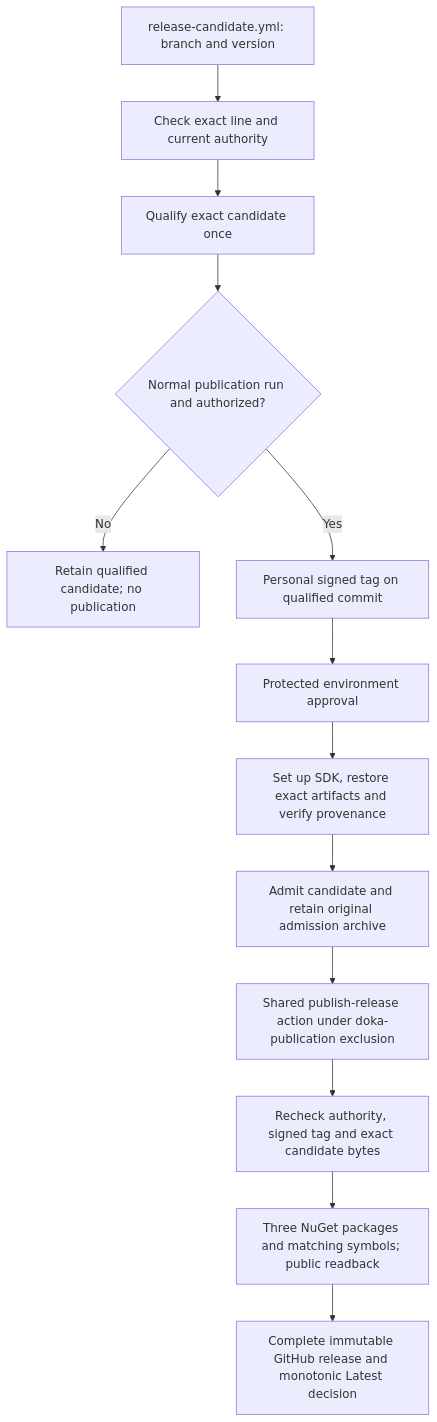
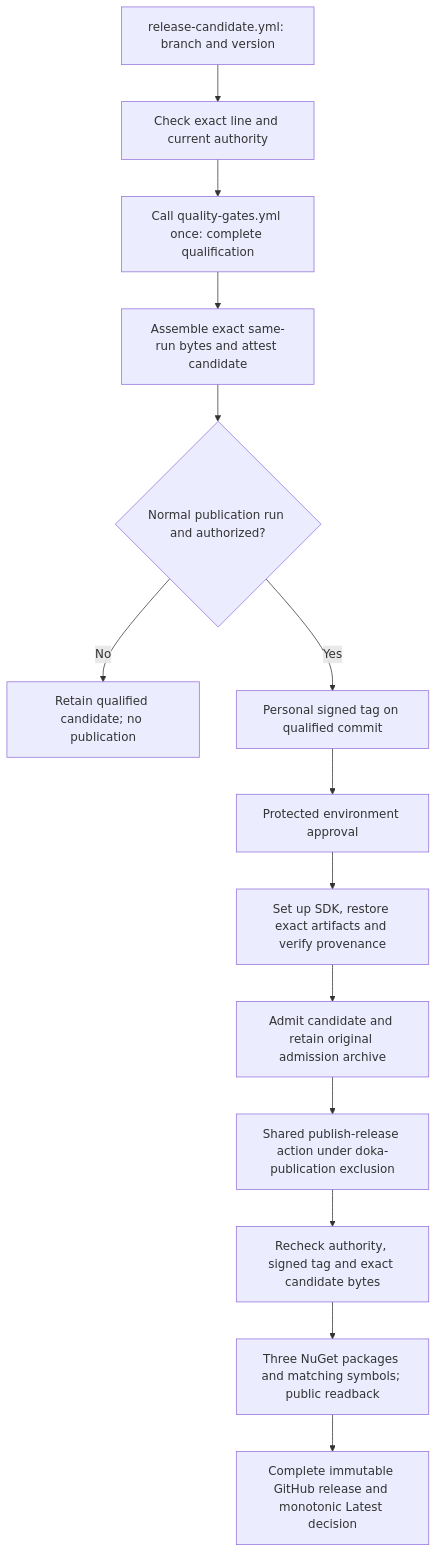
Before and after one commit to doka-labs/Doka.EntityFrameworkCore.MySql: the second of 2 diagrams in docs/operations/workflow-overview.md, drawn with Mermaid. The commit also changed other lines of this file and 41 other files, not shown here.

First line of the commit message:
ci(qualification): unify PR and release-candidate checks (#132)

````diff
--- a/docs/operations/workflow-overview.md
+++ b/docs/operations/workflow-overview.md
@@ -109,15 +145,16 @@
 ```mermaid
 flowchart TD
     START["release-candidate.yml: branch and version"] --> AUTH["Check exact line and current authority"]
-    AUTH --> QUALIFY["Qualify exact candidate once"]
-    QUALIFY --> CHOICE{"Normal publication run and authorized?"}
+    AUTH --> QUALIFY["Call quality-gates.yml once: complete qualification"]
+    QUALIFY --> SEAL["Assemble exact same-run bytes and attest candidate"]
+    SEAL --> CHOICE{"Normal publication run and authorized?"}
     CHOICE -->|"No"| EVIDENCE["Retain qualified candidate; no publication"]
     CHOICE -->|"Yes"| TAG["Personal signed tag on qualified commit"]
     TAG --> APPROVE["Protected environment approval"]
     APPROVE --> PREPARE["Set up SDK, restore exact artifacts and verify provenance"]
     PREPARE --> ADMIT["Admit candidate and retain original admission archive"]
     ADMIT --> PUBLISH["Shared publish-release action under doka-publication exclusion"]
     PUBLISH --> CHECK["Recheck authority, signed tag and exact candidate bytes"]
     CHECK --> PACKAGES["Three NuGet packages and matching symbols; public readback"]
     PACKAGES --> RELEASE["Complete immutable GitHub release and monotonic Latest decision"]
 ```
````
